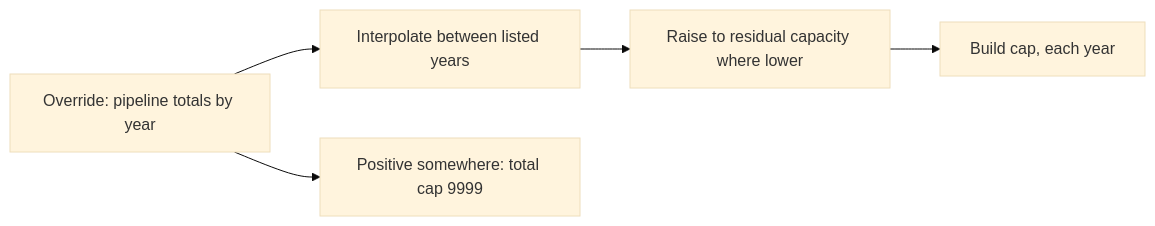
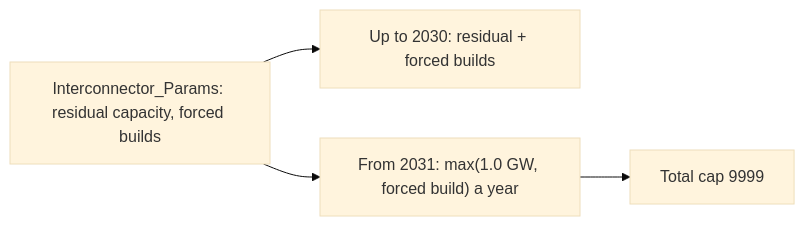
One commit to Climate-Lead-Group/OSTRAM changed the second of 2 diagrams in docs/guides/build-limits.md. Above: the diagram before and after it, drawn with Mermaid (base theme). The commit also changed other lines of this file and 9 other files, not shown here.

````diff
--- a/docs/guides/build-limits.md
+++ b/docs/guides/build-limits.md
@@ -227,7 +222,6 @@
 ```mermaid
 flowchart LR
-    Y["Override: pipeline totals by year"] --> I["Interpolate between listed years"]
-    I --> F["Raise to residual capacity where lower"]
-    F --> BC["Build cap, each year"]
-    Y --> T["Positive somewhere: total cap 9999"]
+    W["Interconnector_Params: residual capacity, forced builds"] --> L["Up to 2030: residual + forced builds"]
+    W --> R["From 2031: max(1.0 GW, forced build) a year"]
+    R --> T["Total cap 9999"]
 ```
````
